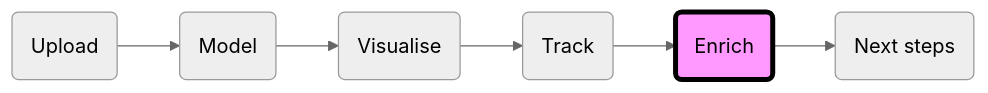
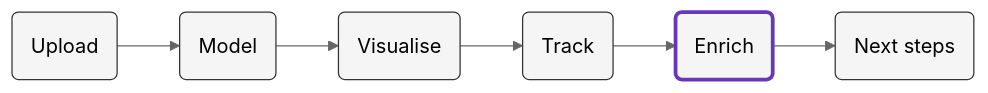
Before and after one commit to snowplow/advanced-analytics-web-accelerator: the diagram in content/enrich/_index.md, drawn with Mermaid (neutral theme). The commit also changed other lines of this file and 86 other files, not shown here.

```diff
--- a/content/enrich/_index.md
+++ b/content/enrich/_index.md
@@ -12,5 +12,11 @@
 {{<mermaid>}}
 flowchart LR
     id1(Upload)-->id2(Model)-->id3(Visualise)-->id4(Track)-->id5(Enrich)-->id6(Next steps)
-    style id5 fill:#f9f,stroke:#000,stroke-width:4px
+    style id5 fill:#f5f5f5,stroke:#6638B8,stroke-width:3px
+    style id1 fill:#f5f5f5,stroke:#333,stroke-width:1px
+    style id3 fill:#f5f5f5,stroke:#333,stroke-width:1px
+    style id4 fill:#f5f5f5,stroke:#333,stroke-width:1px
+    style id2 fill:#f5f5f5,stroke:#333,stroke-width:1px
+    style id6 fill:#f5f5f5,stroke:#333,stroke-width:1px
+
 {{</mermaid >}}
```
